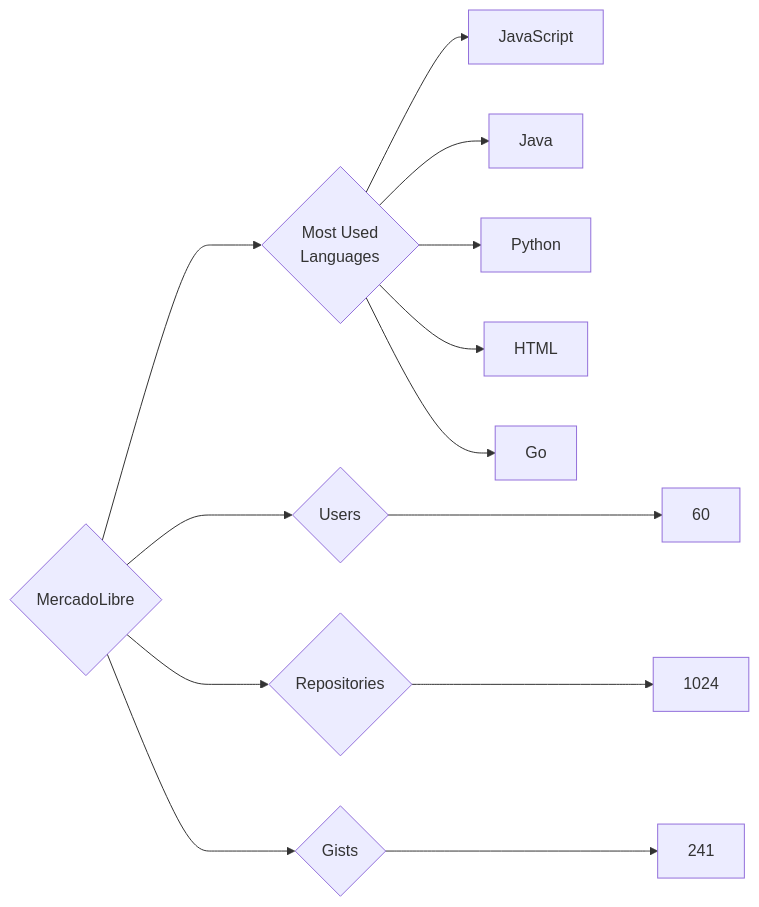
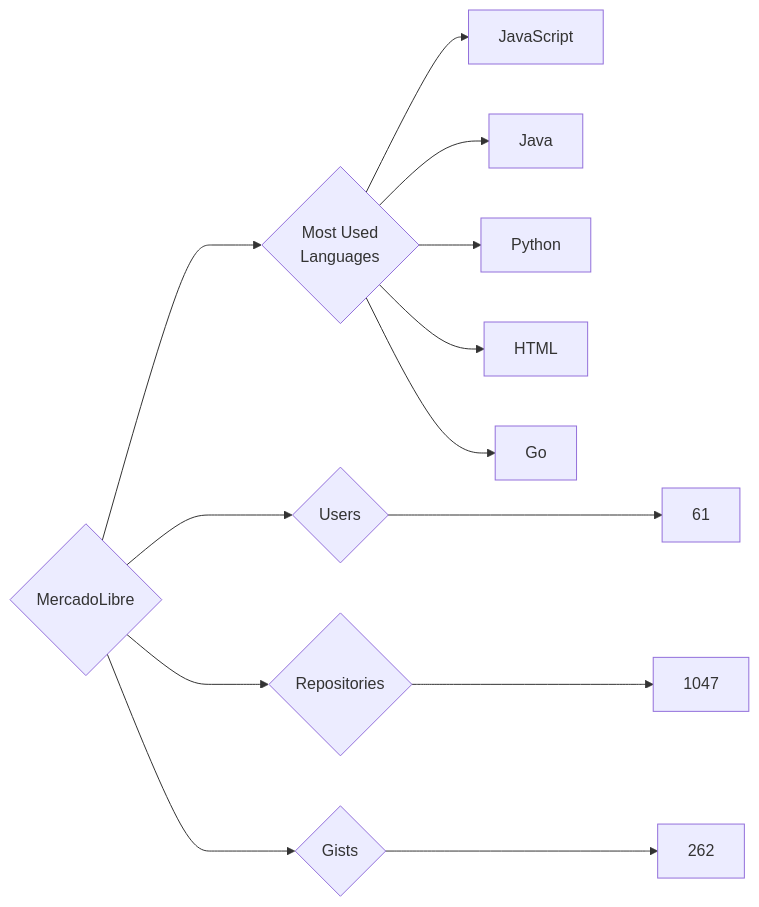
One commit to trickest/insiders changed the diagram in targets/MercadoLibre/README.md. Above: the diagram before and after it, drawn with Mermaid. The commit also changed 1011 other files, not shown here.

````diff
--- a/targets/MercadoLibre/README.md
+++ b/targets/MercadoLibre/README.md
@@ -3,13 +3,13 @@
 ```mermaid
 graph LR
 COMPANY_NAME{MercadoLibre}
-COMPANY_NAME ---> U{Users} ---> UN[60]
-COMPANY_NAME ---> R{Repositories} ---> RN[1024]
-COMPANY_NAME ---> G{Gists} ---> GN[241]
+COMPANY_NAME ---> U{Users} ---> UN[61]
+COMPANY_NAME ---> R{Repositories} ---> RN[1047]
+COMPANY_NAME ---> G{Gists} ---> GN[262]
 COMPANY_NAME ---> ML{Most Used<br>Languages}
 ML --> JavaScript[JavaScript]
 ML --> Java[Java]
 ML --> Python[Python]
 ML --> HTML[HTML]
 ML --> Go[Go]
 ```
````
